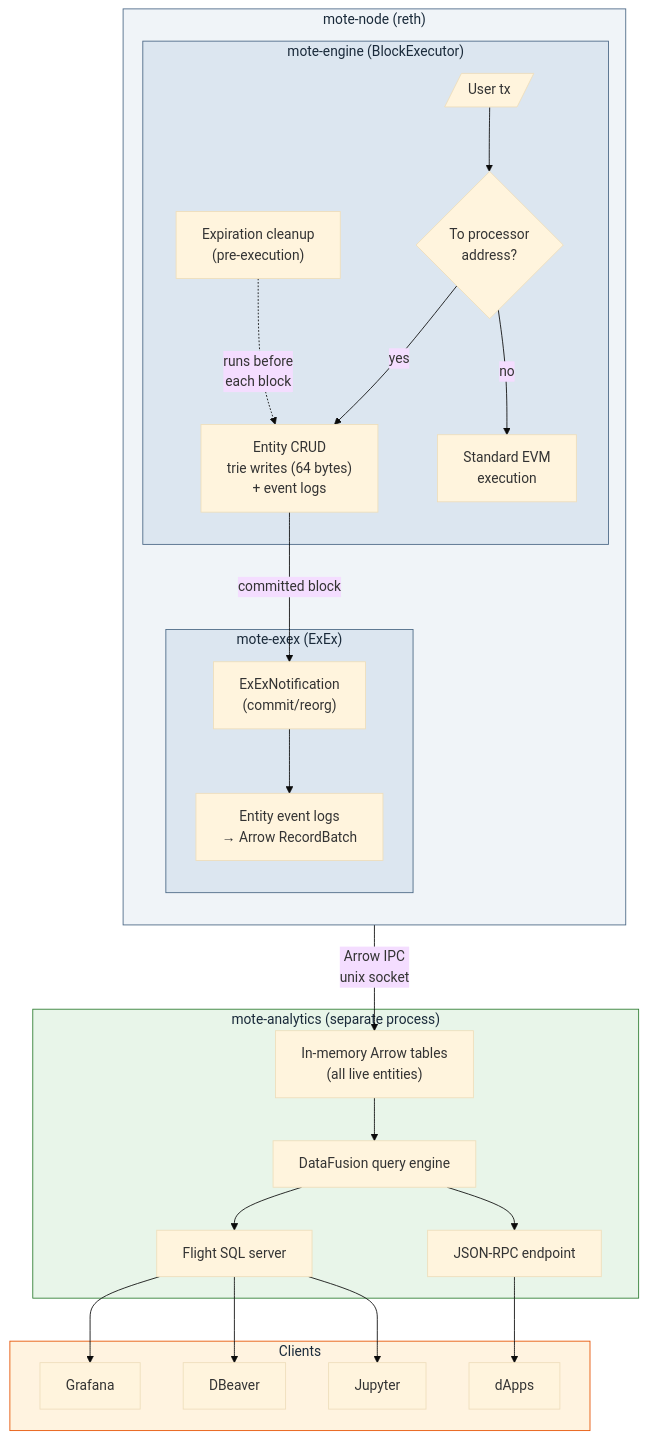
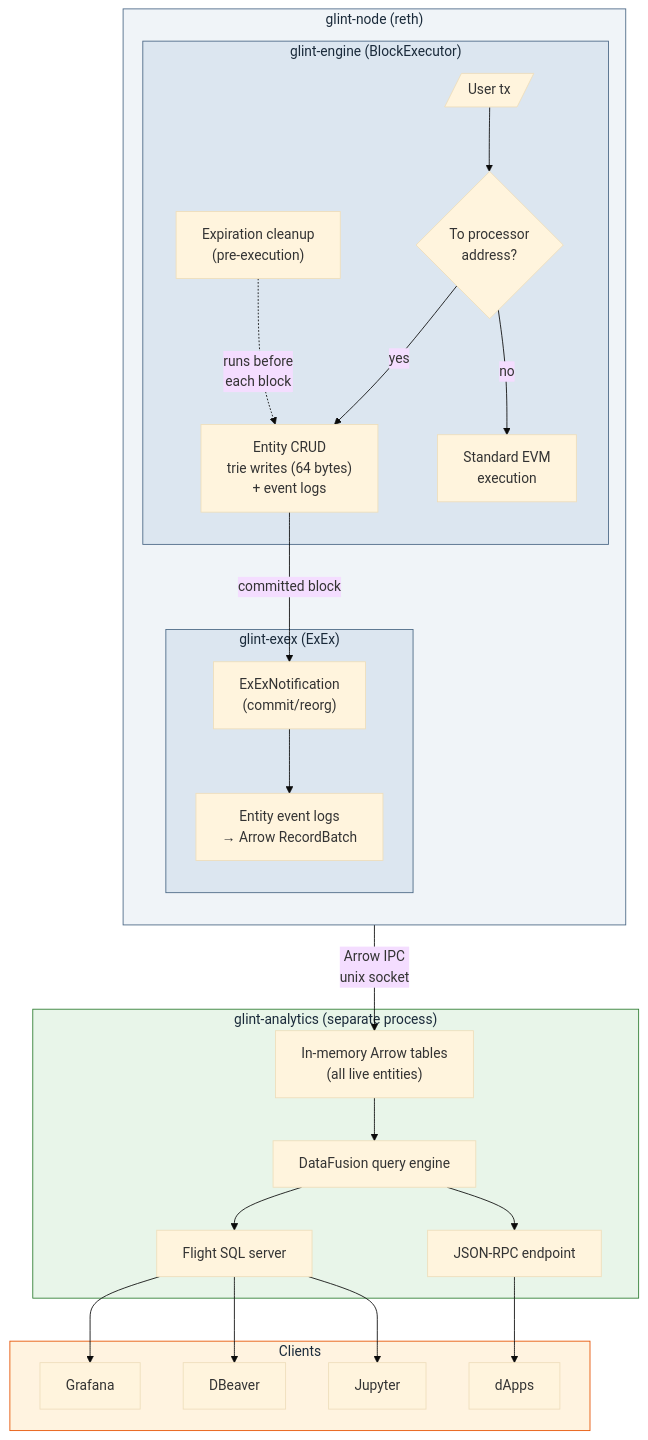
One commit to vaporif/glint changed the diagram in README.md. Above: the diagram before and after it, drawn with Mermaid (base theme). The commit also changed other lines of this file and 85 other files, not shown here.

````diff
--- a/README.md
+++ b/README.md
@@ -36,57 +36,57 @@
 ```mermaid
 graph TB
-    subgraph node["mote-node (reth)"]
+    subgraph node["glint-node (reth)"]
         direction TB
 
-        subgraph engine["mote-engine (BlockExecutor)"]
+        subgraph engine["glint-engine (BlockExecutor)"]
             tx_in[/"User tx"/]
             check{To processor<br/>address?}
             crud["Entity CRUD<br/>trie writes (64 bytes)<br/>+ event logs"]
             evm["Standard EVM<br/>execution"]
             expire["Expiration cleanup<br/>(pre-execution)"]
 
             tx_in --> check
             check -->|yes| crud
             check -->|no| evm
             expire -.->|runs before<br/>each block| crud
         end
 
-        subgraph exex["mote-exex (ExEx)"]
+        subgraph exex["glint-exex (ExEx)"]
             notify["ExExNotification<br/>(commit/reorg)"]
             arrow["Entity event logs<br/>→ Arrow RecordBatch"]
             notify --> arrow
         end
 
         crud -->|committed block| notify
     end
 
-    subgraph analytics["mote-analytics (separate process)"]
+    subgraph analytics["glint-analytics (separate process)"]
         mem["In-memory Arrow tables<br/>(all live entities)"]
         df["DataFusion query engine"]
         flight["Flight SQL server"]
         rpc["JSON-RPC endpoint"]
         mem --> df
         df --> flight
         df --> rpc
     end
 
     arrow -->|Arrow IPC<br/>unix socket| mem
 
     subgraph clients["Clients"]
         grafana["Grafana"]
         dbeaver["DBeaver"]
         jupyter["Jupyter"]
         app["dApps"]
     end
 
     flight --> grafana
     flight --> dbeaver
     flight --> jupyter
     rpc --> app
 
     style node fill:#f0f4f8,stroke:#4a6785,color:#1a2a3a
     style engine fill:#dce6f0,stroke:#4a6785,color:#1a2a3a
     style exex fill:#dce6f0,stroke:#4a6785,color:#1a2a3a
     style analytics fill:#e8f5e9,stroke:#2e7d32,color:#1a2a3a
     style clients fill:#fff3e0,stroke:#e65100,color:#1a2a3a
 ```
````
